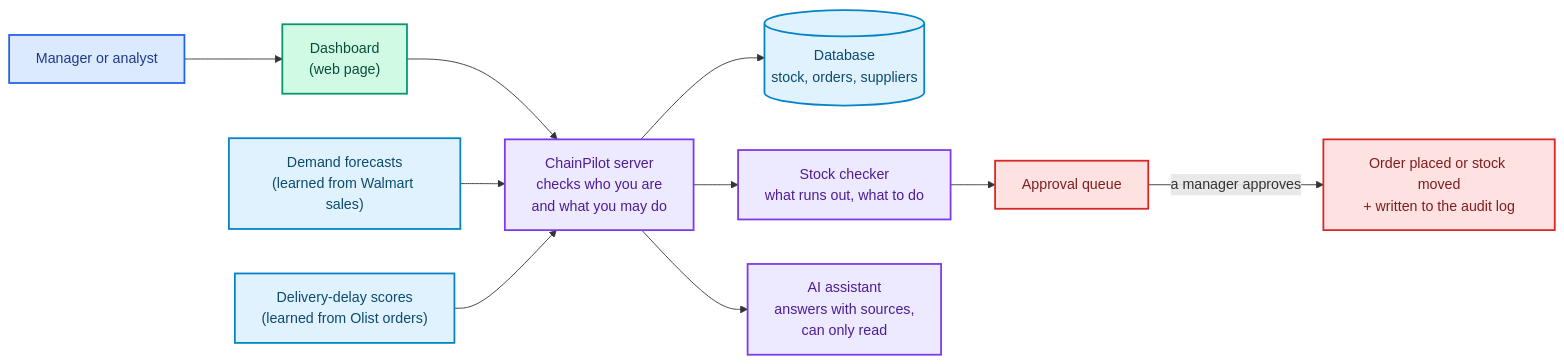
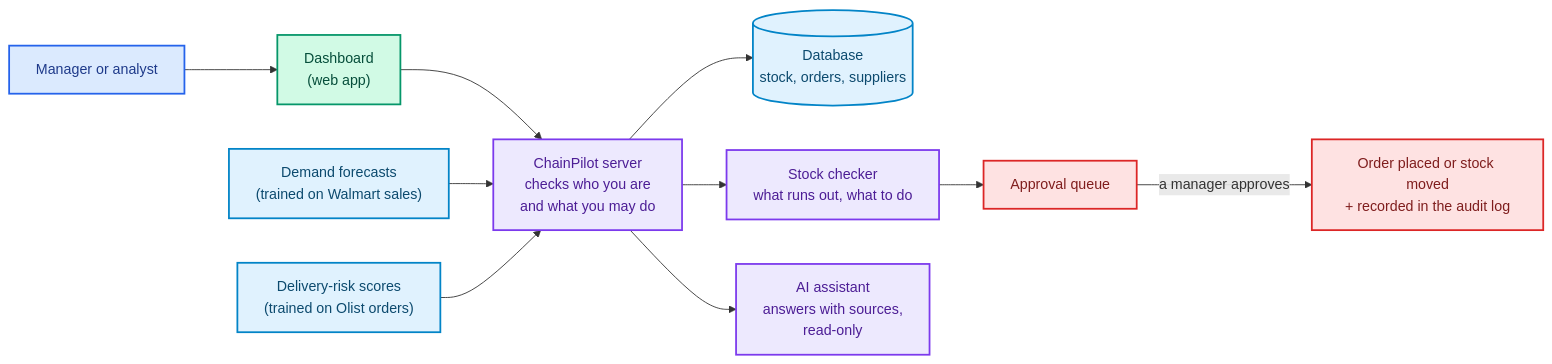
The diagram in README.md (sunilsaini01/chainpilot-ai), drawn with Mermaid before and after one commit. The commit also changed other lines of this file, not shown here.

````diff
--- a/README.md
+++ b/README.md
@@ -65,20 +71,20 @@
 ```mermaid
 flowchart LR
     classDef person fill:#dbeafe,stroke:#2563eb,stroke-width:2px,color:#1e3a8a
     classDef screen fill:#d1fae5,stroke:#059669,stroke-width:2px,color:#064e3b
     classDef brain fill:#ede9fe,stroke:#7c3aed,stroke-width:2px,color:#4c1d95
     classDef data fill:#e0f2fe,stroke:#0284c7,stroke-width:2px,color:#0c4a6e
     classDef action fill:#fee2e2,stroke:#dc2626,stroke-width:2px,color:#7f1d1d
 
-    Manager["Manager or analyst"]:::person --> Dashboard["Dashboard<br>(web page)"]:::screen
+    Manager["Manager or analyst"]:::person --> Dashboard["Dashboard<br>(web app)"]:::screen
     Dashboard --> Server["ChainPilot server<br>checks who you are<br>and what you may do"]:::brain
     Server --> Database[("Database<br>stock, orders, suppliers")]:::data
 
-    Forecast["Demand forecasts<br>(learned from Walmart sales)"]:::data --> Server
-    Risk["Delivery-delay scores<br>(learned from Olist orders)"]:::data --> Server
+    Forecast["Demand forecasts<br>(trained on Walmart sales)"]:::data --> Server
+    Risk["Delivery-risk scores<br>(trained on Olist orders)"]:::data --> Server
 
     Server --> Checker["Stock checker<br>what runs out, what to do"]:::brain
-    Server --> Assistant["AI assistant<br>answers with sources,<br>can only read"]:::brain
+    Server --> Assistant["AI assistant<br>answers with sources,<br>read-only"]:::brain
     Checker --> Queue["Approval queue"]:::action
-    Queue -->|"a manager approves"| Done["Order placed or stock moved<br>+ written to the audit log"]:::action
+    Queue -->|"a manager approves"| Done["Order placed or stock moved<br>+ recorded in the audit log"]:::action
 ```
````
